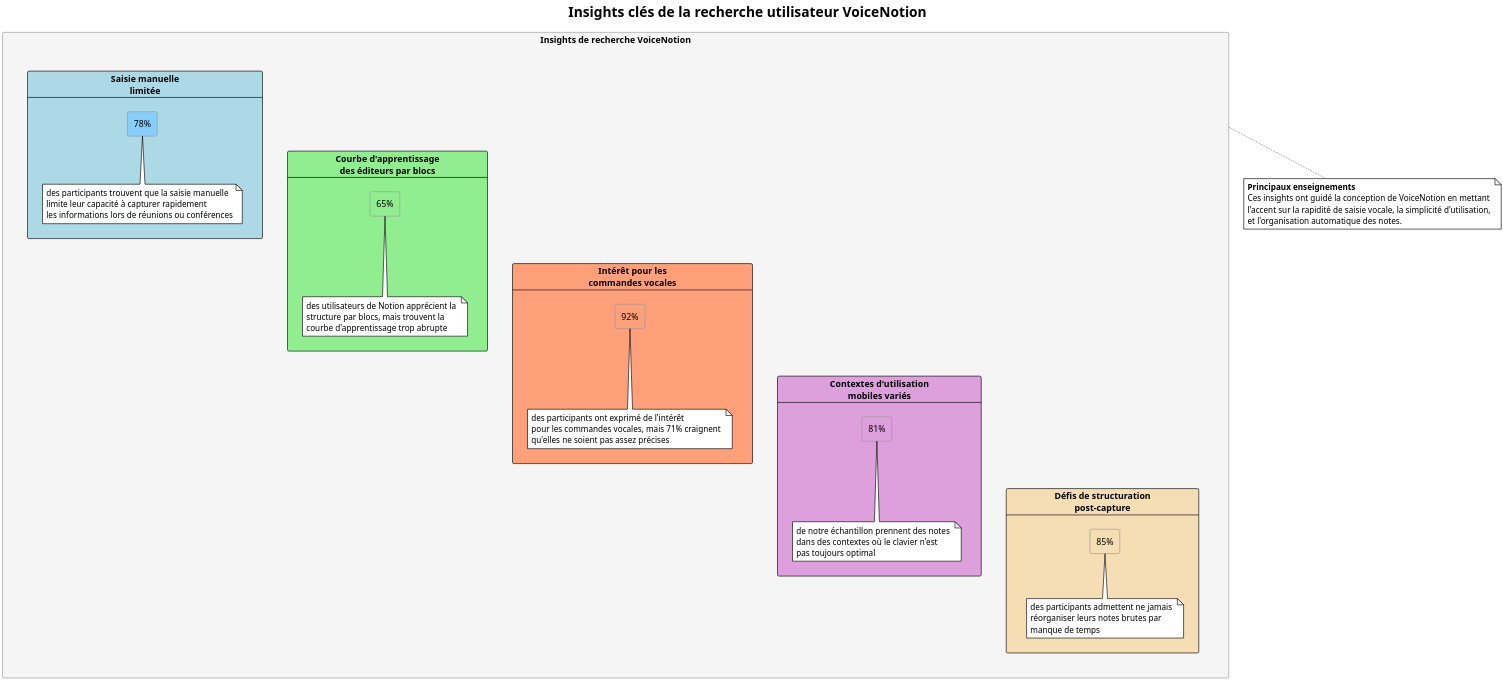
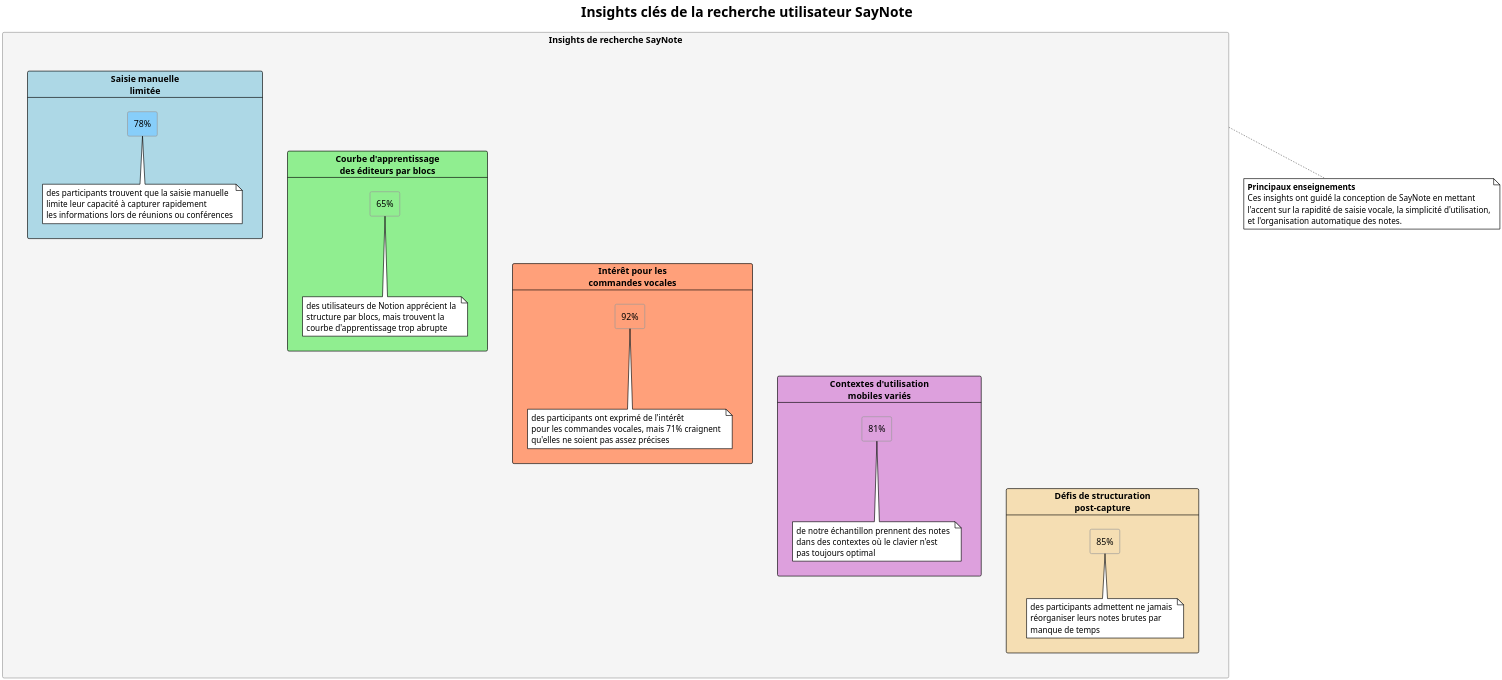
Before and after one commit to Ayoub-sadaoui/say-note-documentation: the diagram in diagrams/user_research_insights.puml, drawn with PlantUML. The commit also changed 40 other files, not shown here.

```diff
--- a/diagrams/user_research_insights.puml
+++ b/diagrams/user_research_insights.puml
@@ -1,73 +1,73 @@
 @startuml User Research Insights
 !theme plain
 skinparam backgroundColor white
 skinparam dpi 300
 skinparam defaultFontName Arial
 skinparam shadowing false
 skinparam ArrowColor #666666
 skinparam RectangleBackgroundColor #f5f5f5
 skinparam RectangleBorderColor #999999
 
-title Insights clés de la recherche utilisateur VoiceNotion
+title Insights clés de la recherche utilisateur SayNote
 
-rectangle "Insights de recherche VoiceNotion" as insights {
+rectangle "Insights de recherche SayNote" as insights {
   card "Saisie manuelle\nlimitée" as input #lightblue {
     rectangle "78%" as inputStat #87CEFA
     note bottom of inputStat
       des participants trouvent que la saisie manuelle 
       limite leur capacité à capturer rapidement 
       les informations lors de réunions ou conférences
     end note
   }
   
   card "Courbe d'apprentissage\ndes éditeurs par blocs" as editor #lightgreen {
     rectangle "65%" as editorStat #90EE90
     note bottom of editorStat
       des utilisateurs de Notion apprécient la 
       structure par blocs, mais trouvent la 
       courbe d'apprentissage trop abrupte
     end note
   }
   
   card "Intérêt pour les\ncommandes vocales" as voice #lightsalmon {
     rectangle "92%" as voiceStat #FFA07A
     note bottom of voiceStat
       des participants ont exprimé de l'intérêt 
       pour les commandes vocales, mais 71% craignent 
       qu'elles ne soient pas assez précises
     end note
   }
   
   card "Contextes d'utilisation\nmobiles variés" as mobile #plum {
     rectangle "81%" as mobileStat #DDA0DD
     note bottom of mobileStat
       de notre échantillon prennent des notes 
       dans des contextes où le clavier n'est 
       pas toujours optimal
     end note
   }
   
   card "Défis de structuration\npost-capture" as structure #wheat {
     rectangle "85%" as structureStat #F5DEB3
     note bottom of structureStat
       des participants admettent ne jamais 
       réorganiser leurs notes brutes par 
       manque de temps
     end note
   }
   
   ' Position the elements nicely
   input -[hidden]-> editor
   editor -[hidden]-> voice
   voice -[hidden]-> mobile
   mobile -[hidden]-> structure
 }
 
 note bottom of insights
   <b>Principaux enseignements</b>
-  Ces insights ont guidé la conception de VoiceNotion en mettant 
+  Ces insights ont guidé la conception de SayNote en mettant 
   l'accent sur la rapidité de saisie vocale, la simplicité d'utilisation,
   et l'organisation automatique des notes.
 end note
 
 @enduml 
```
